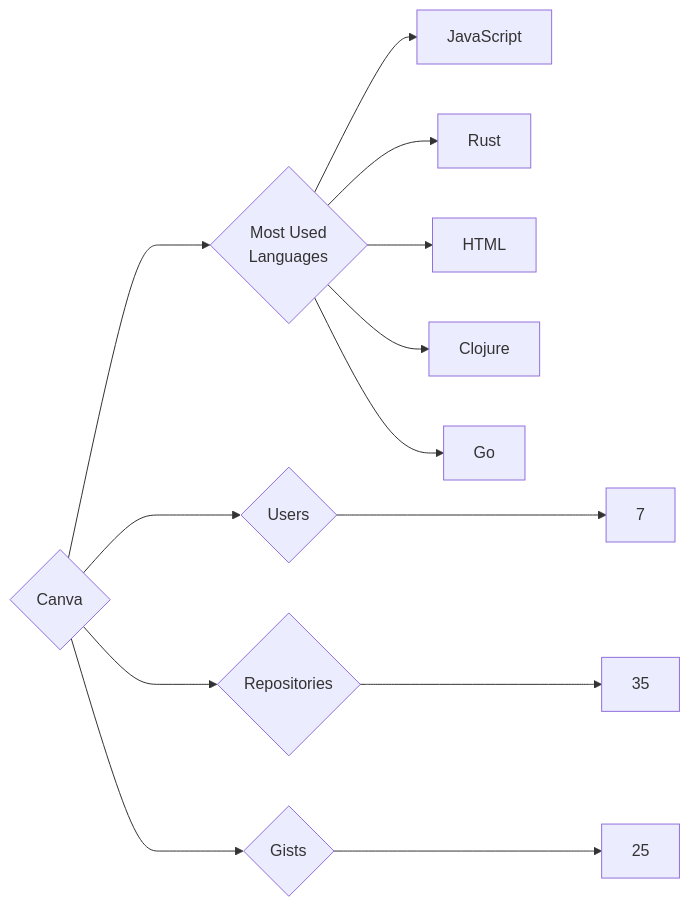
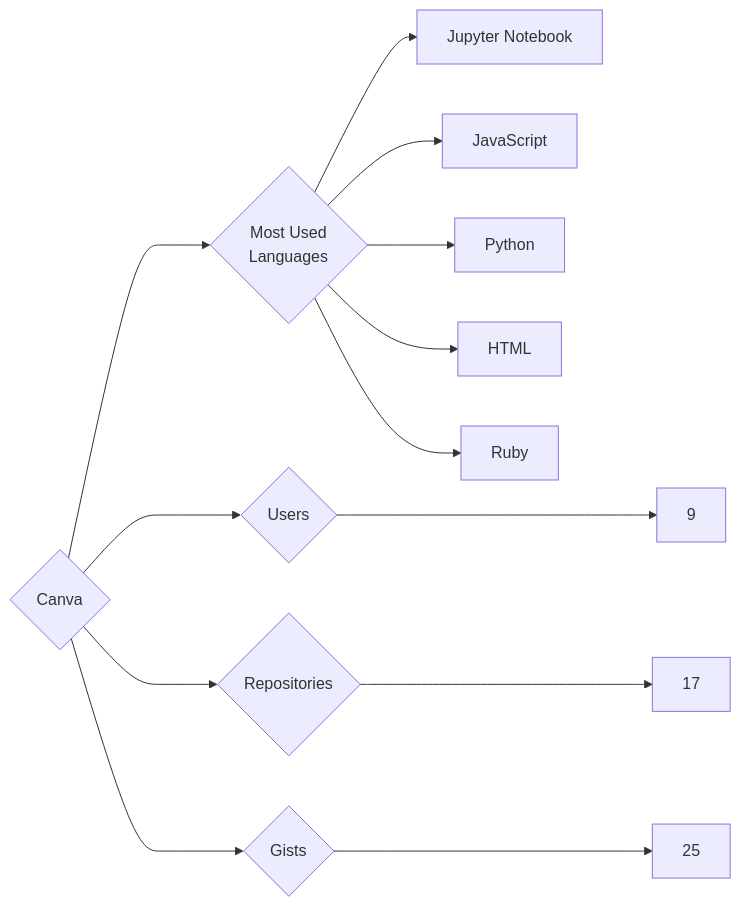
Before and after one commit to trickest/insiders: the diagram in targets/Canva/README.md, drawn with Mermaid. The commit also changed 1092 other files, not shown here.

````diff
--- a/targets/Canva/README.md
+++ b/targets/Canva/README.md
@@ -3,13 +3,13 @@
 ```mermaid
 graph LR
 COMPANY_NAME{Canva}
-COMPANY_NAME ---> U{Users} ---> UN[7]
-COMPANY_NAME ---> R{Repositories} ---> RN[35]
+COMPANY_NAME ---> U{Users} ---> UN[9]
+COMPANY_NAME ---> R{Repositories} ---> RN[17]
 COMPANY_NAME ---> G{Gists} ---> GN[25]
 COMPANY_NAME ---> ML{Most Used<br>Languages}
+ML --> Jupyter_Notebook[Jupyter Notebook]
 ML --> JavaScript[JavaScript]
-ML --> Rust[Rust]
+ML --> Python[Python]
 ML --> HTML[HTML]
-ML --> Clojure[Clojure]
-ML --> Go[Go]
+ML --> Ruby[Ruby]
 ```
````
